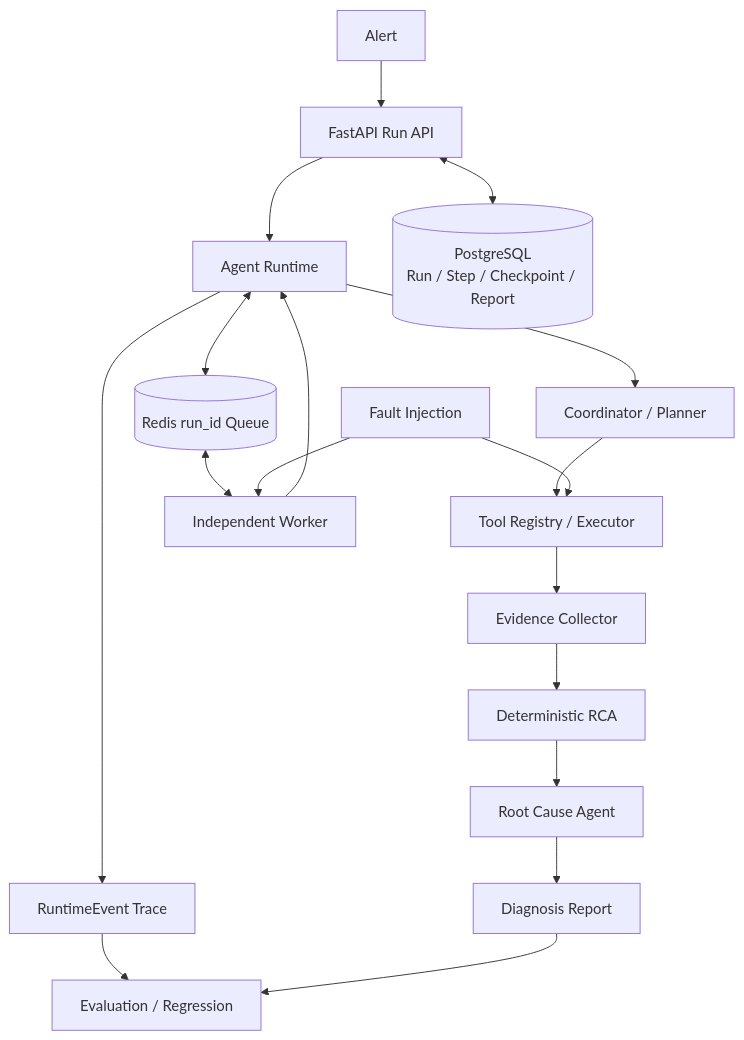
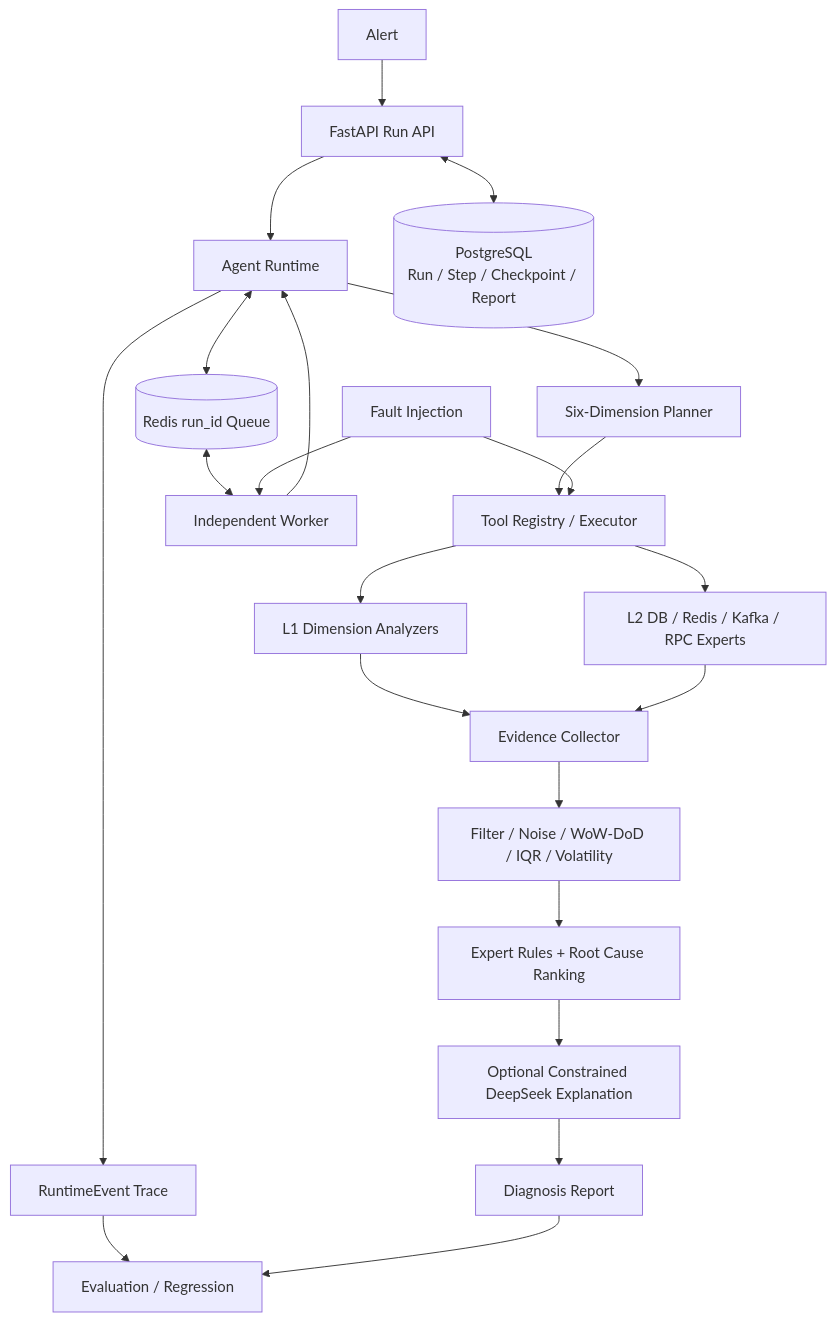
Before and after one commit to 1hao1hao/OpsPilot: the diagram in README.md, drawn with Mermaid. The commit also changed other lines of this file and 39 other files, not shown here.

````diff
--- a/README.md
+++ b/README.md
@@ -57,21 +70,25 @@
 ```mermaid
 flowchart TB
     A[Alert] --> B[FastAPI Run API]
     B --> C[Agent Runtime]
-    C --> D[Coordinator / Planner]
+    C --> D[Six-Dimension Planner]
     D --> E[Tool Registry / Executor]
-    E --> F[Evidence Collector]
-    F --> G[Deterministic RCA]
-    G --> H[Root Cause Agent]
-    H --> I[Diagnosis Report]
+    E --> L1[L1 Dimension Analyzers]
+    E --> L2[L2 DB / Redis / Kafka / RPC Experts]
+    L1 --> F[Evidence Collector]
+    L2 --> F
+    F --> G[Filter / Noise / WoW-DoD / IQR / Volatility]
+    G --> H[Expert Rules + Root Cause Ranking]
+    H --> LLM[Optional Constrained DeepSeek Explanation]
+    LLM --> I[Diagnosis Report]
 
     B <--> PG[(PostgreSQL<br/>Run / Step / Checkpoint / Report)]
     C <--> R[(Redis run_id Queue)]
     R <--> W[Independent Worker]
     W --> C
     C --> T[RuntimeEvent Trace]
     FI[Fault Injection] --> W
     FI --> E
     T --> EV[Evaluation / Regression]
     I --> EV
 ```
````
